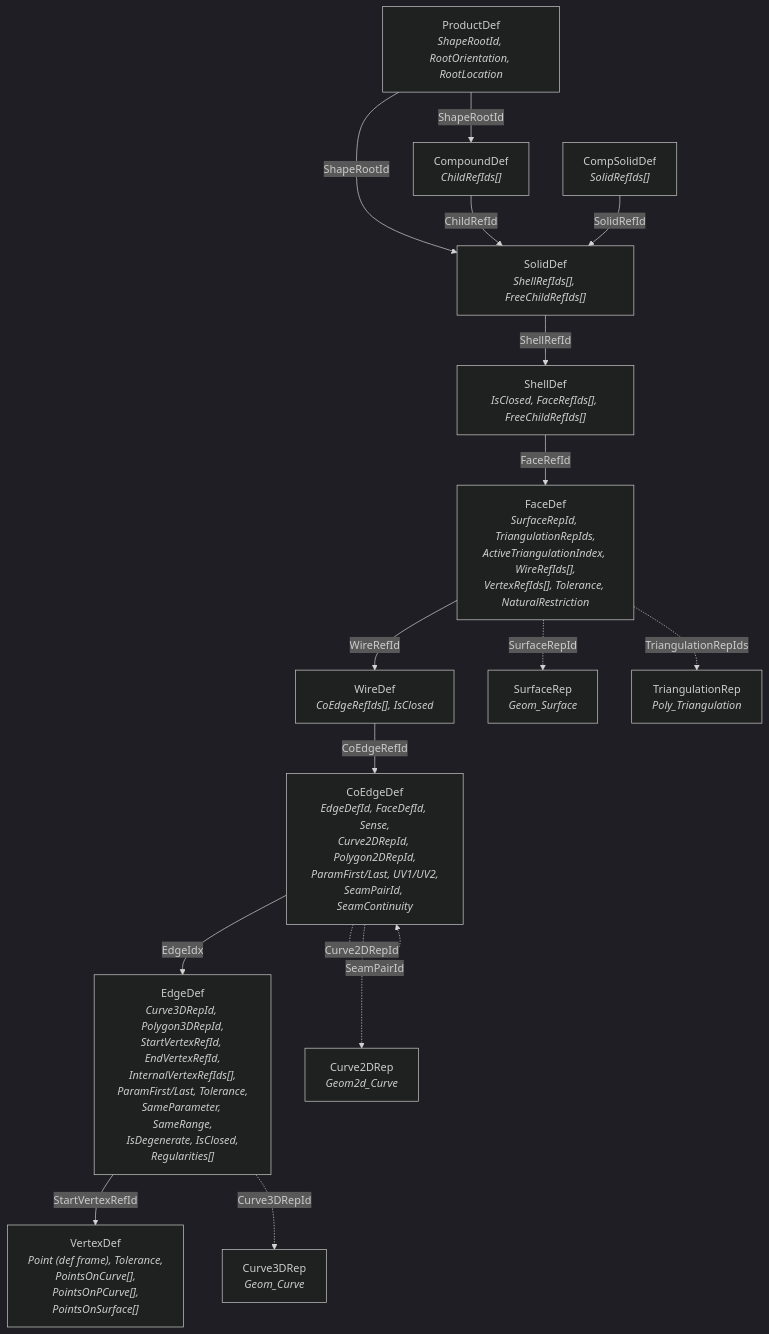
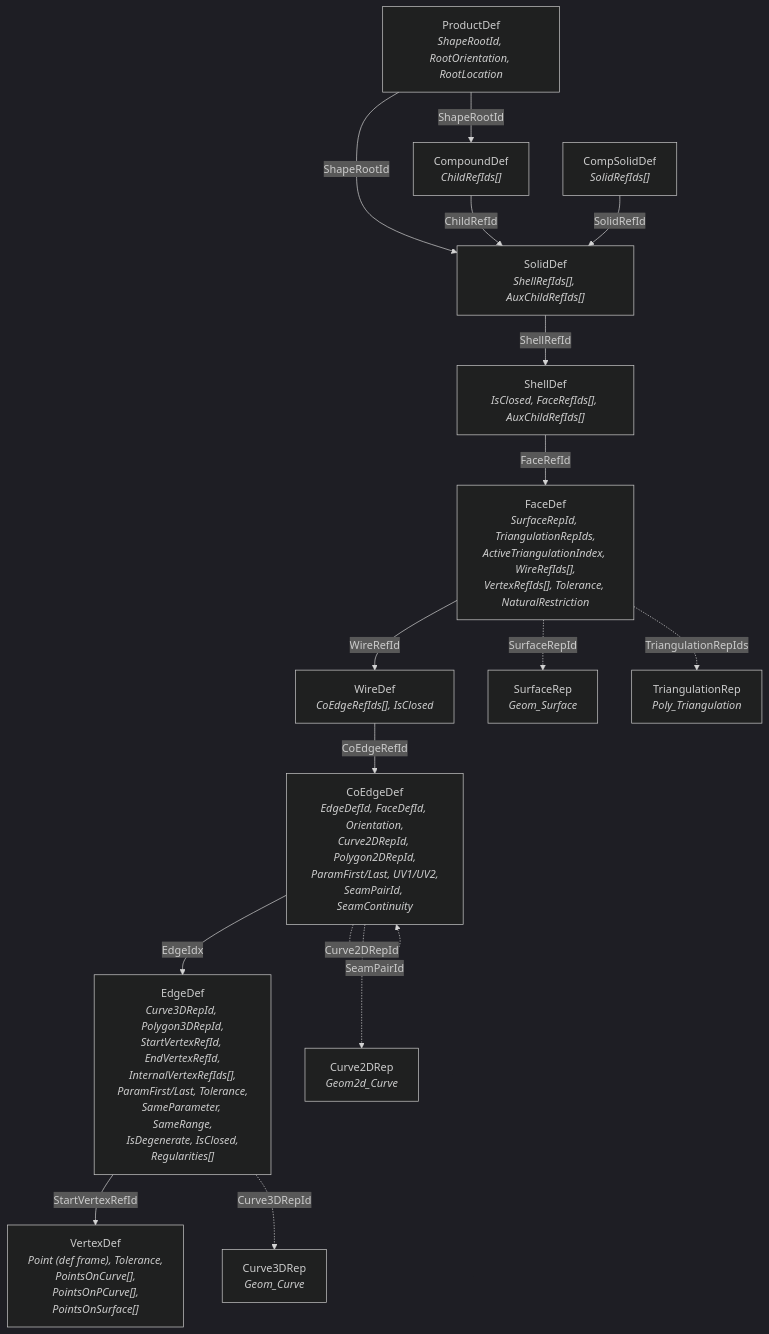
Before and after one commit to Open-Cascade-SAS/OCCT: the third of 5 diagrams in src/ModelingData/TKBRep/BRepGraphInc/README.md, drawn with Mermaid (dark theme). The commit also changed other lines of this file and 61 other files, not shown here.

````diff
--- a/src/ModelingData/TKBRep/BRepGraphInc/README.md
+++ b/src/ModelingData/TKBRep/BRepGraphInc/README.md
@@ -92,41 +92,41 @@
 ```mermaid
 graph TD
     Product["ProductDef<br/><i>ShapeRootId, RootOrientation, RootLocation</i>"]
 
     Compound["CompoundDef<br/><i>ChildRefIds[]</i>"]
     CompSolid["CompSolidDef<br/><i>SolidRefIds[]</i>"]
-    Solid["SolidDef<br/><i>ShellRefIds[], FreeChildRefIds[]</i>"]
-    Shell["ShellDef<br/><i>IsClosed, FaceRefIds[], FreeChildRefIds[]</i>"]
+    Solid["SolidDef<br/><i>ShellRefIds[], AuxChildRefIds[]</i>"]
+    Shell["ShellDef<br/><i>IsClosed, FaceRefIds[], AuxChildRefIds[]</i>"]
 
     Face["FaceDef<br/><i>SurfaceRepId, TriangulationRepIds,<br/>ActiveTriangulationIndex, WireRefIds[],<br/>VertexRefIds[], Tolerance, NaturalRestriction</i>"]
 
     Wire["WireDef<br/><i>CoEdgeRefIds[], IsClosed</i>"]
 
-    CoEdge["CoEdgeDef<br/><i>EdgeDefId, FaceDefId, Sense,<br/>Curve2DRepId, Polygon2DRepId,<br/>ParamFirst/Last, UV1/UV2,<br/>SeamPairId, SeamContinuity</i>"]
+    CoEdge["CoEdgeDef<br/><i>EdgeDefId, FaceDefId, Orientation,<br/>Curve2DRepId, Polygon2DRepId,<br/>ParamFirst/Last, UV1/UV2,<br/>SeamPairId, SeamContinuity</i>"]
 
     Edge["EdgeDef<br/><i>Curve3DRepId, Polygon3DRepId,<br/>StartVertexRefId, EndVertexRefId,<br/>InternalVertexRefIds[],<br/>ParamFirst/Last, Tolerance,<br/>SameParameter, SameRange,<br/>IsDegenerate, IsClosed,<br/>Regularities[]</i>"]
 
     Vertex["VertexDef<br/><i>Point (def frame), Tolerance,<br/>PointsOnCurve[],<br/>PointsOnPCurve[],<br/>PointsOnSurface[]</i>"]
 
     SurfRep["SurfaceRep<br/><i>Geom_Surface</i>"]
     C3DRep["Curve3DRep<br/><i>Geom_Curve</i>"]
     C2DRep["Curve2DRep<br/><i>Geom2d_Curve</i>"]
     TriRep["TriangulationRep<br/><i>Poly_Triangulation</i>"]
 
     Product -->|"ShapeRootId"| Compound
     Product -->|"ShapeRootId"| Solid
     Compound -->|"ChildRefId"| Solid
     CompSolid -->|"SolidRefId"| Solid
     Solid -->|"ShellRefId"| Shell
     Shell -->|"FaceRefId"| Face
     Face -->|"WireRefId"| Wire
     Wire -->|"CoEdgeRefId"| CoEdge
     CoEdge -->|"EdgeIdx"| Edge
     Edge -->|"StartVertexRefId"| Vertex
 
     Face -.->|"SurfaceRepId"| SurfRep
     Face -.->|"TriangulationRepIds"| TriRep
     Edge -.->|"Curve3DRepId"| C3DRep
     CoEdge -.->|"Curve2DRepId"| C2DRep
     CoEdge -.->|"SeamPairId"| CoEdge
 ```
````
